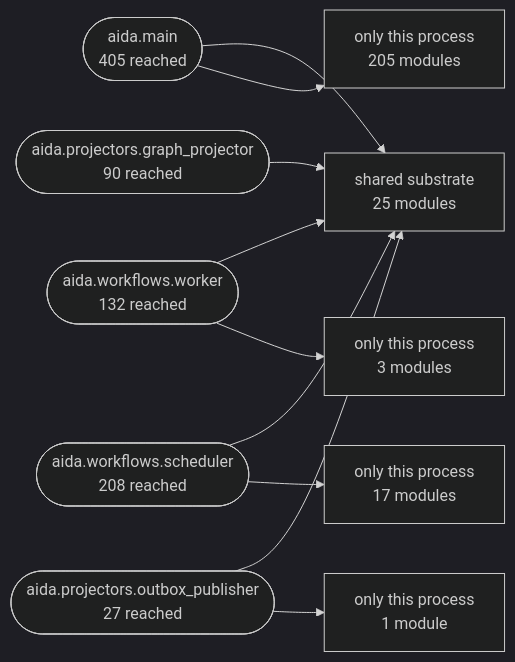
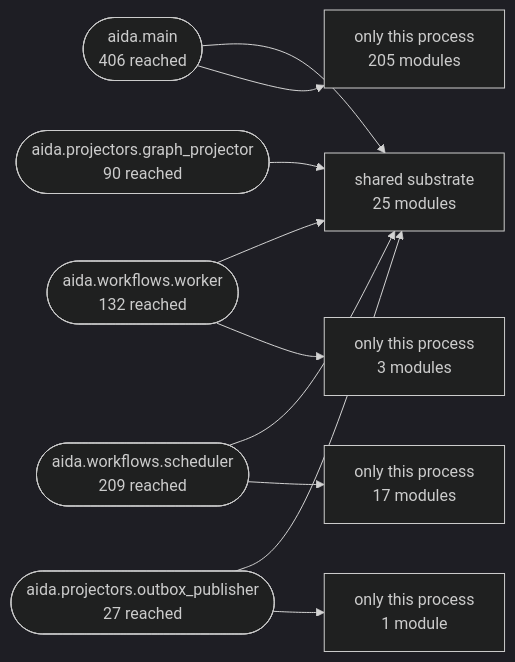
One commit to karuppusamym/AIDataAnalyst changed the second of 3 diagrams in Docs/10-architecture/14-generated-architecture-map.md. Above: the diagram before and after it, drawn with Mermaid (dark theme). The commit also changed other lines of this file and 9 other files, not shown here.

````diff
--- a/Docs/10-architecture/14-generated-architecture-map.md
+++ b/Docs/10-architecture/14-generated-architecture-map.md
@@ -178,22 +178,22 @@
 ```mermaid
 graph LR
   shared["shared substrate<br/>25 modules"]
-  aida_main(["aida.main<br/>405 reached"])
+  aida_main(["aida.main<br/>406 reached"])
   aida_workflows_worker(["aida.workflows.worker<br/>132 reached"])
-  aida_workflows_scheduler(["aida.workflows.scheduler<br/>208 reached"])
+  aida_workflows_scheduler(["aida.workflows.scheduler<br/>209 reached"])
   aida_projectors_graph_projector(["aida.projectors.graph_projector<br/>90 reached"])
   aida_projectors_outbox_publisher(["aida.projectors.outbox_publisher<br/>27 reached"])
   aida_main --> shared
   only_aida_main["only this process<br/>205 modules"]
   aida_main --> only_aida_main
   aida_workflows_worker --> shared
   only_aida_workflows_worker["only this process<br/>3 modules"]
   aida_workflows_worker --> only_aida_workflows_worker
   aida_workflows_scheduler --> shared
   only_aida_workflows_scheduler["only this process<br/>17 modules"]
   aida_workflows_scheduler --> only_aida_workflows_scheduler
   aida_projectors_graph_projector --> shared
   aida_projectors_outbox_publisher --> shared
   only_aida_projectors_outbox_publisher["only this process<br/>1 module"]
   aida_projectors_outbox_publisher --> only_aida_projectors_outbox_publisher
 ```
````
